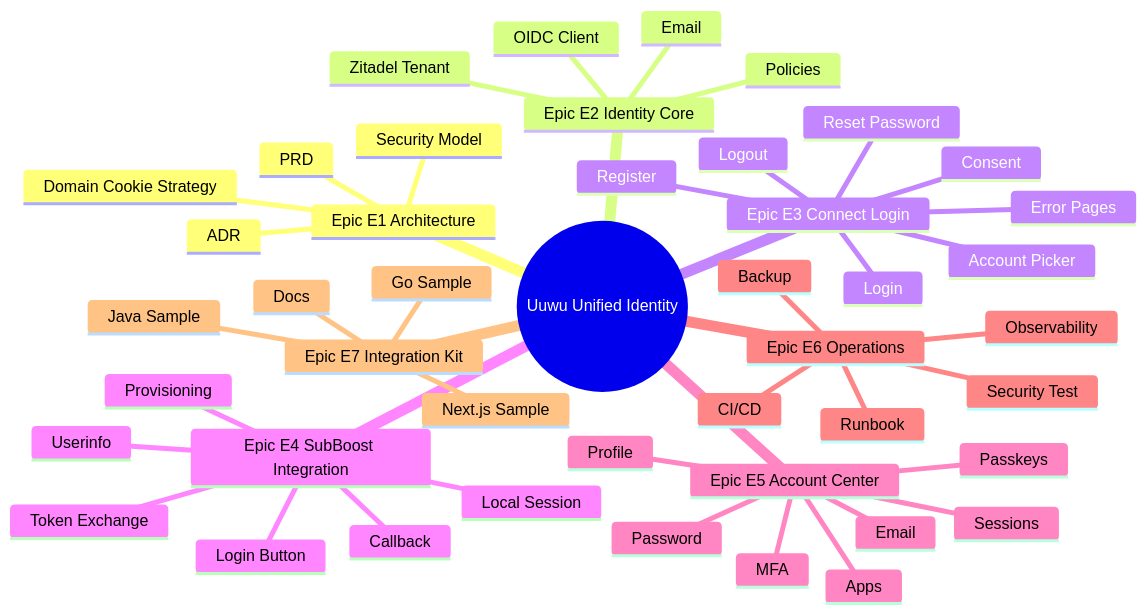
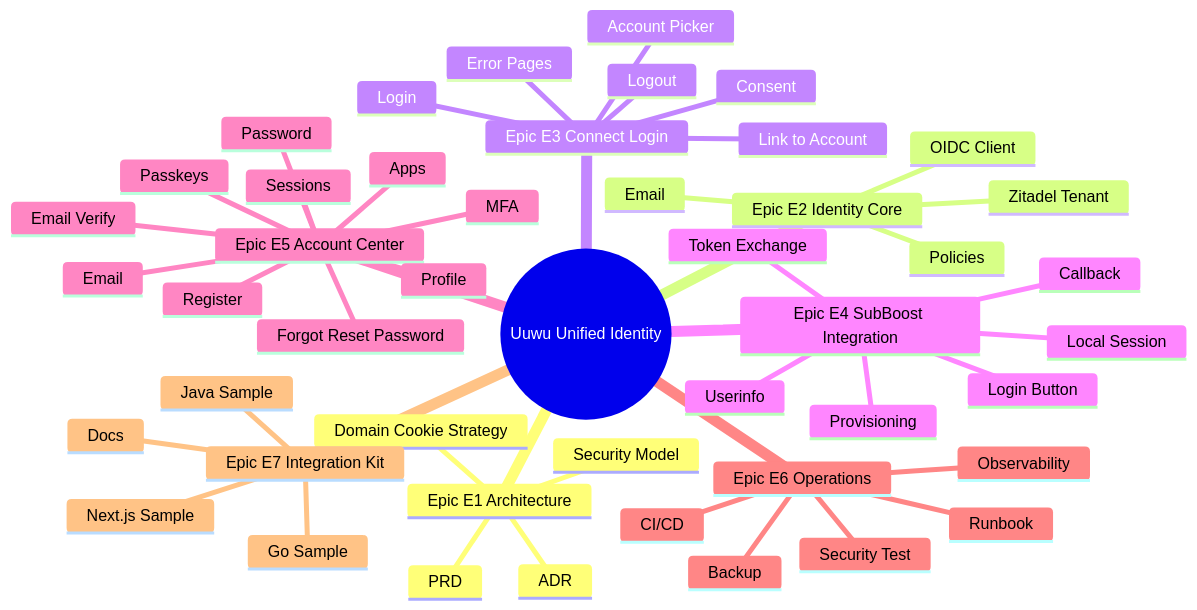
The diagram in docs/uuwu_05_wbs_implementation_plan.md (amo0114/MoAuth), drawn with Mermaid before and after one commit. The commit also changed other lines of this file and 6 other files, not shown here.

````diff
--- a/docs/uuwu_05_wbs_implementation_plan.md
+++ b/docs/uuwu_05_wbs_implementation_plan.md
@@ -18,48 +22,50 @@
 ```mermaid
 mindmap
   root((Uuwu Unified Identity))
     Epic E1 Architecture
       PRD
       ADR
       Domain Cookie Strategy
       Security Model
     Epic E2 Identity Core
       Zitadel Tenant
       OIDC Client
       Policies
       Email
     Epic E3 Connect Login
       Login
-      Register
-      Reset Password
       Account Picker
       Consent
       Logout
       Error Pages
+      Link to Account
     Epic E4 SubBoost Integration
       Login Button
       Callback
       Token Exchange
       Userinfo
       Local Session
       Provisioning
     Epic E5 Account Center
+      Register
+      Email Verify
+      Forgot Reset Password
       Profile
       Email
       Password
       MFA
       Passkeys
       Sessions
       Apps
     Epic E6 Operations
       CI/CD
       Observability
       Backup
       Security Test
       Runbook
     Epic E7 Integration Kit
       Docs
       Next.js Sample
       Java Sample
       Go Sample
 ```
````
